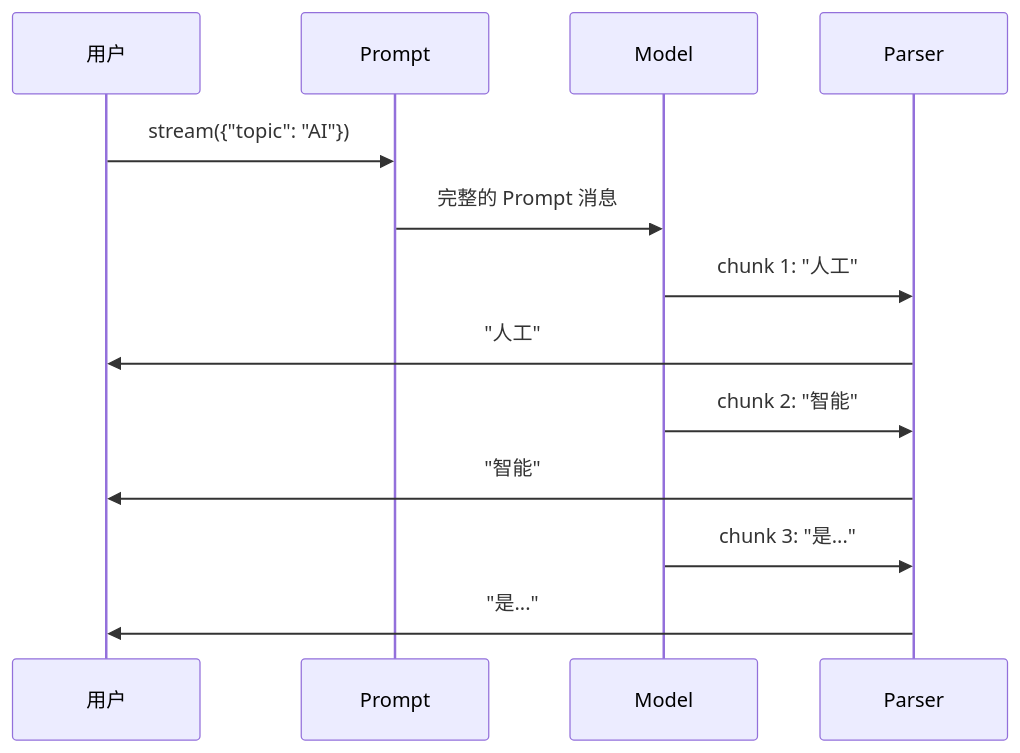
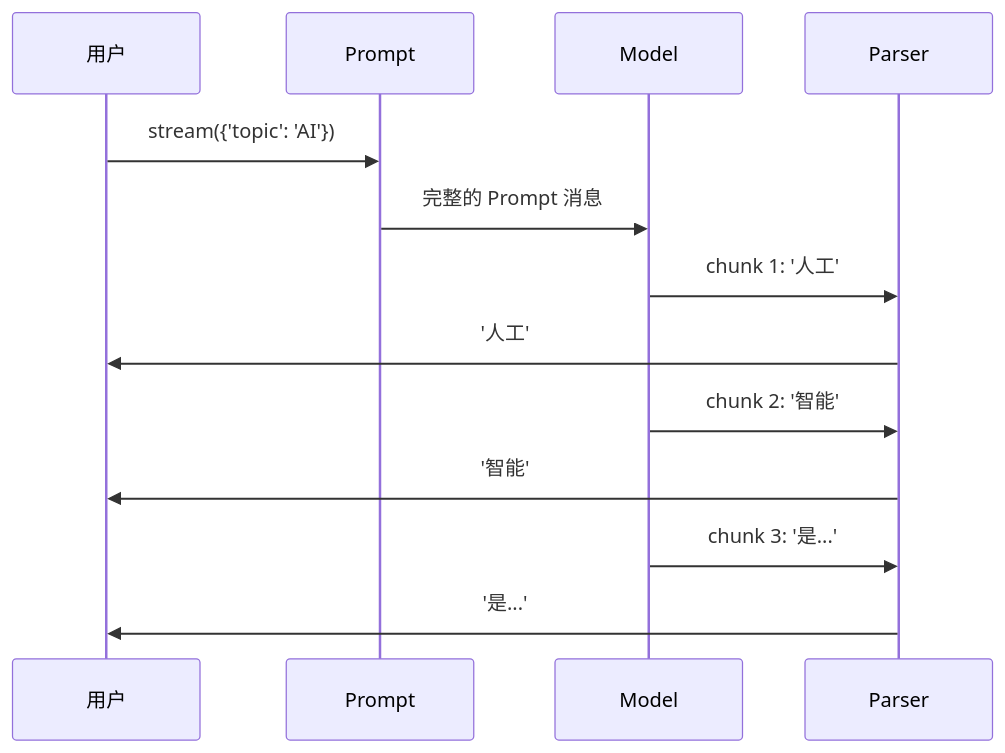
Before and after one commit to Cleam/langchain: the fourth of 6 diagrams in learn/03-core-runnable.md, drawn with Mermaid. The commit also changed 7 other files, not shown here.

First line of the commit message:
docs(learn): fix mermaid diagram syntax errors across all tutorial chapters

````diff
--- a/learn/03-core-runnable.md
+++ b/learn/03-core-runnable.md
@@ -317,16 +317,16 @@
 ```mermaid
 sequenceDiagram
     participant User as 用户
     participant Prompt as Prompt
     participant Model as Model
     participant Parser as Parser
 
-    User->>Prompt: stream({"topic": "AI"})
+    User->>Prompt: stream({'topic': 'AI'})
     Prompt->>Model: 完整的 Prompt 消息
-    Model->>Parser: chunk 1: "人工"
-    Parser->>User: "人工"
-    Model->>Parser: chunk 2: "智能"
-    Parser->>User: "智能"
-    Model->>Parser: chunk 3: "是..."
-    Parser->>User: "是..."
+    Model->>Parser: chunk 1: '人工'
+    Parser->>User: '人工'
+    Model->>Parser: chunk 2: '智能'
+    Parser->>User: '智能'
+    Model->>Parser: chunk 3: '是...'
+    Parser->>User: '是...'
 ```
````
